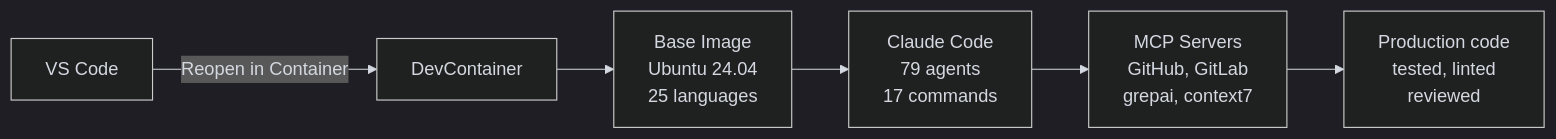
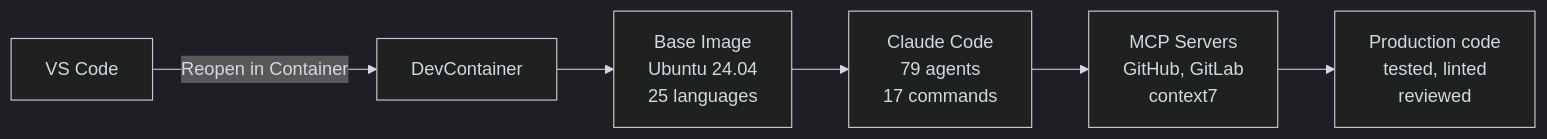
One commit to kodflow/devcontainer-template changed the diagram in docs/index.md. Above: the diagram before and after it, drawn with Mermaid. The commit also changed other lines of this file and 141 other files, not shown here.

````diff
--- a/docs/index.md
+++ b/docs/index.md
@@ -24,15 +24,15 @@
 ```mermaid
 %%{init: {'theme': 'dark', 'themeVariables': {
   'primaryColor': '#9D76FB1a',
   'primaryBorderColor': '#9D76FB',
   'primaryTextColor': '#d4d8e0',
   'lineColor': '#d4d8e0',
   'textColor': '#d4d8e0'
 }}}%%
 flowchart LR
     A[VS Code] -->|"Reopen in Container"| B[DevContainer]
     B --> C[Base Image<br/>Ubuntu 24.04<br/>25 languages]
     C --> D[Claude Code<br/>79 agents<br/>17 commands]
-    D --> E[MCP Servers<br/>GitHub, GitLab<br/>grepai, context7]
+    D --> E[MCP Servers<br/>GitHub, GitLab<br/>context7]
     E --> F[Production code<br/>tested, linted<br/>reviewed]
 ```
````
